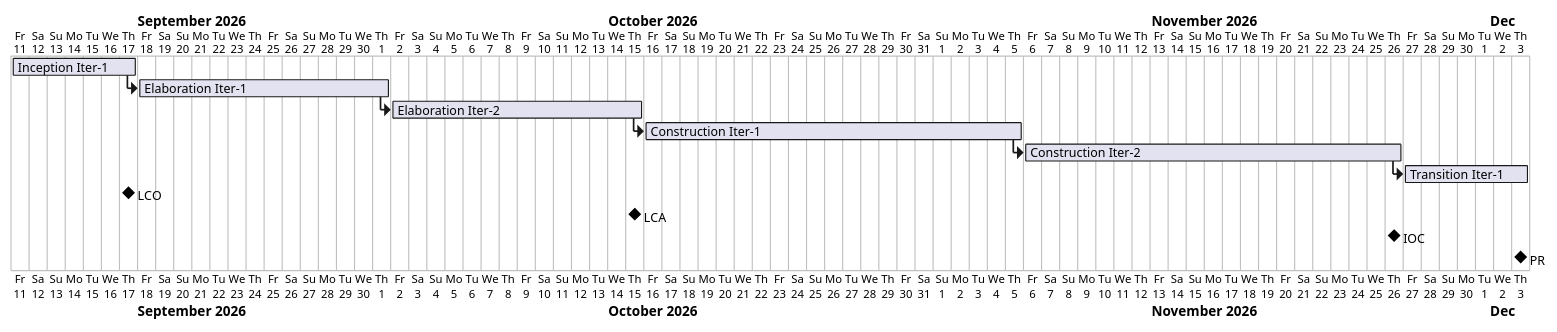
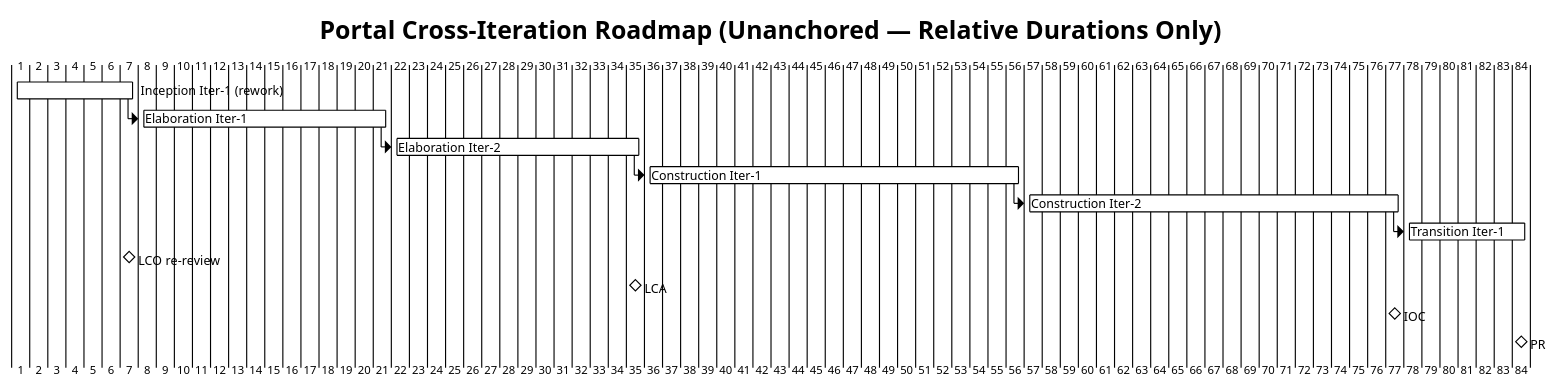
Before and after one commit to banense-test/portal: the first of 2 diagrams in docs/artifacts/project-management/iteration-plan.md, drawn with PlantUML. The commit also changed other lines of this file, not shown here.

First line of the commit message:
Project Manager [I2]: upsert Iteration Plan

````diff
--- a/docs/artifacts/project-management/iteration-plan.md
+++ b/docs/artifacts/project-management/iteration-plan.md
@@ -22,16 +23,18 @@
 ```plantuml
-@startgantt Inception_Roadmap
-Project starts 2026-09-11
-[Inception Iter-1] starts 2026-09-11 and lasts 7 days
-[Elaboration Iter-1] starts at [Inception Iter-1]'s end and lasts 14 days
+@startgantt Inception_Roadmap_Unanchored
+!theme plain
+title Portal Cross-Iteration Roadmap (Unanchored — Relative Durations Only)
+
+[Inception Iter-1 (rework)] lasts 7 days
+[Elaboration Iter-1] starts at [Inception Iter-1 (rework)]'s end and lasts 14 days
 [Elaboration Iter-2] starts at [Elaboration Iter-1]'s end and lasts 14 days
 [Construction Iter-1] starts at [Elaboration Iter-2]'s end and lasts 21 days
 [Construction Iter-2] starts at [Construction Iter-1]'s end and lasts 21 days
 [Transition Iter-1] starts at [Construction Iter-2]'s end and lasts 7 days
 
-[LCO] happens at [Inception Iter-1]'s end
+[LCO re-review] happens at [Inception Iter-1 (rework)]'s end
 [LCA] happens at [Elaboration Iter-2]'s end
 [IOC] happens at [Construction Iter-2]'s end
 [PR] happens at [Transition Iter-1]'s end
 @endgantt
 ```
````
